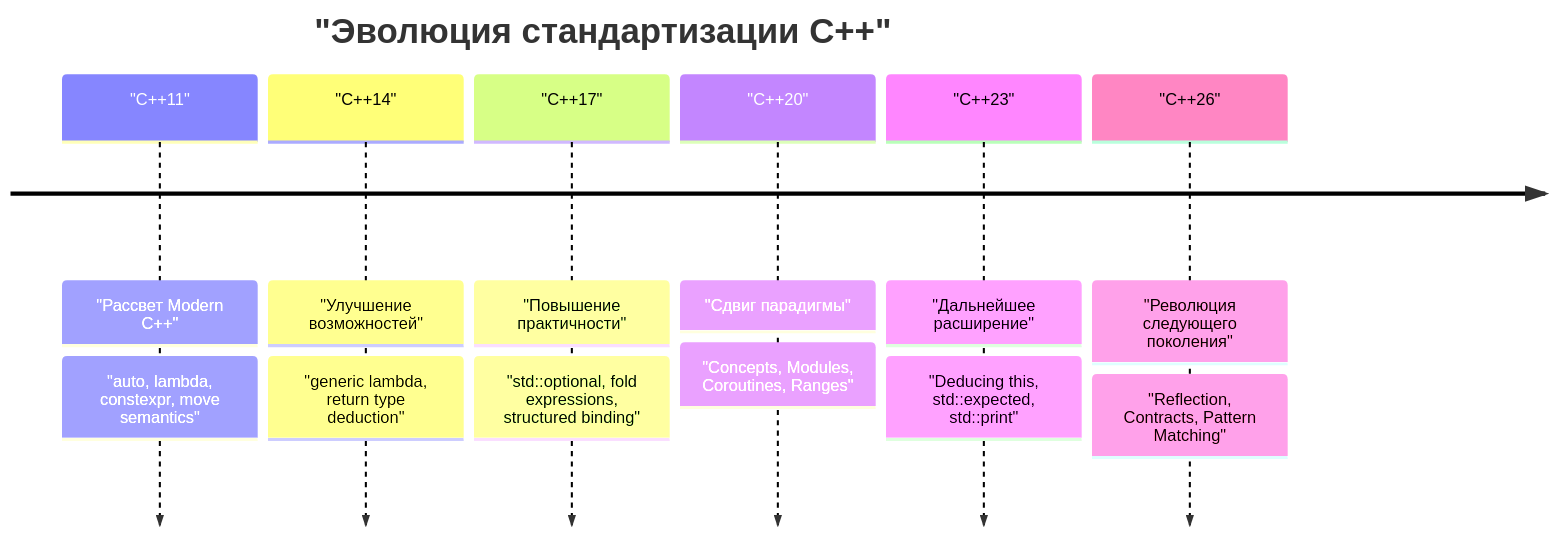
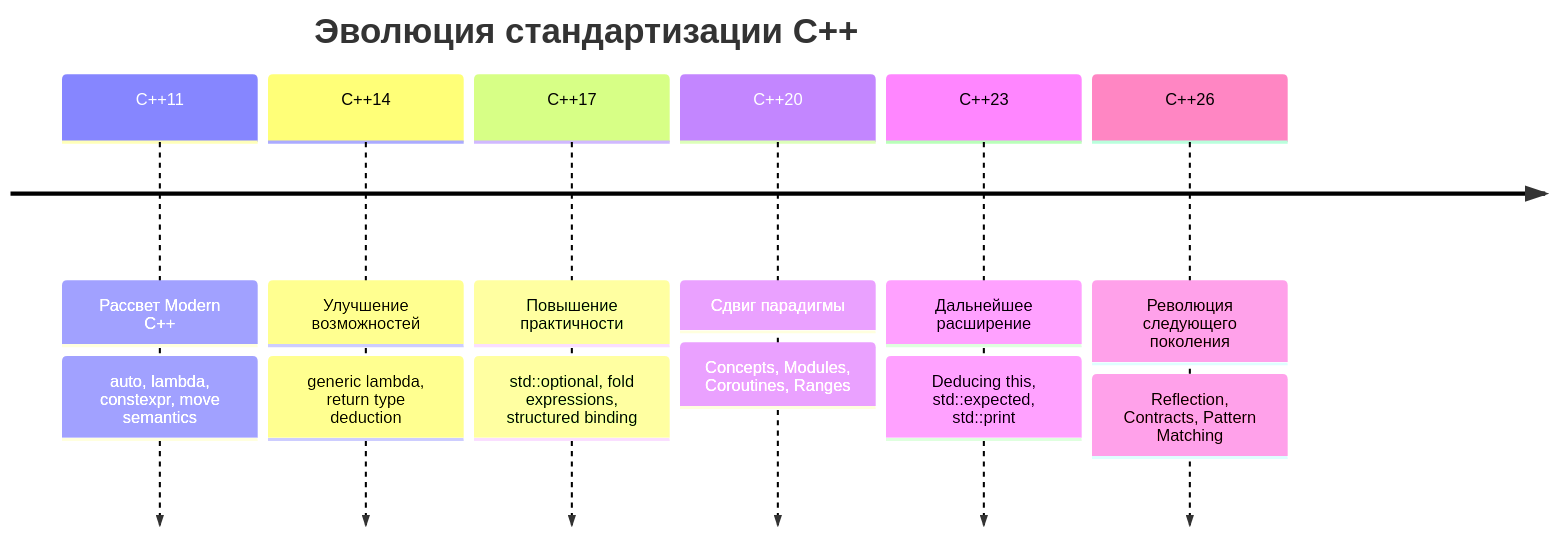
One commit to kenjinote/blog changed the first of 4 diagrams in content/post/cpp26新機能/index.ru.md. Above: the diagram before and after it, drawn with Mermaid. The commit also changed other lines of this file and 703 other files, not shown here.

Commit message:
Fix: Remove quotes from Mermaid link texts and timeline definitions to support Mermaid 11.4.1

````diff
--- a/content/post/cpp26新機能/index.ru.md
+++ b/content/post/cpp26新機能/index.ru.md
@@ -20,10 +20,10 @@
 ```mermaid
 timeline
-    title "Эволюция стандартизации C++"
-    "C++11" : "Рассвет Modern C++" : "auto, lambda, constexpr, move semantics"
-    "C++14" : "Улучшение возможностей" : "generic lambda, return type deduction"
-    "C++17" : "Повышение практичности" : "std::optional, fold expressions, structured binding"
-    "C++20" : "Сдвиг парадигмы" : "Concepts, Modules, Coroutines, Ranges"
-    "C++23" : "Дальнейшее расширение" : "Deducing this, std::expected, std::print"
-    "C++26" : "Революция следующего поколения" : "Reflection, Contracts, Pattern Matching"
+    title Эволюция стандартизации C++
+    C++11 : Рассвет Modern C++ : auto, lambda, constexpr, move semantics
+    C++14 : Улучшение возможностей : generic lambda, return type deduction
+    C++17 : Повышение практичности : std::optional, fold expressions, structured binding
+    C++20 : Сдвиг парадигмы : Concepts, Modules, Coroutines, Ranges
+    C++23 : Дальнейшее расширение : Deducing this, std::expected, std::print
+    C++26 : Революция следующего поколения : Reflection, Contracts, Pattern Matching
 ```
````
